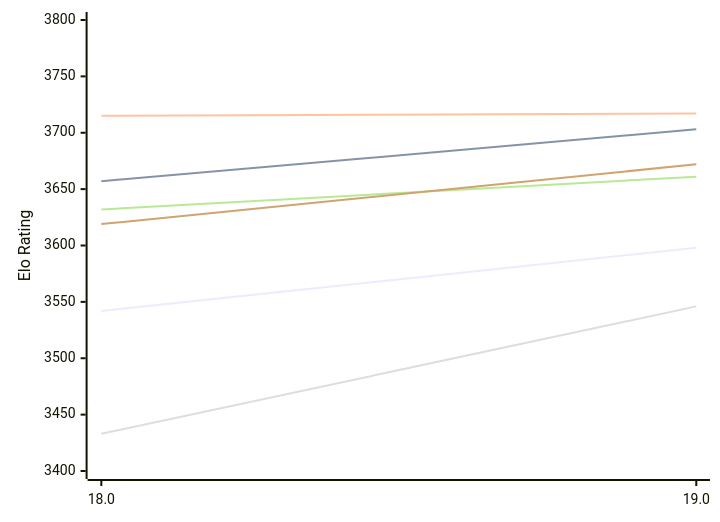
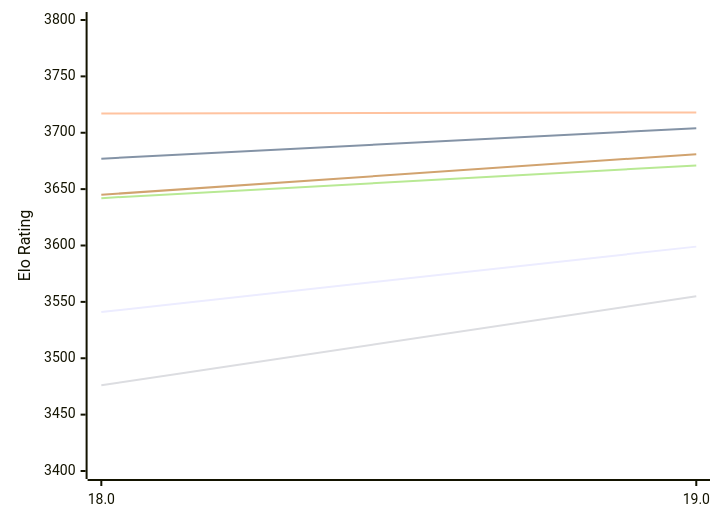
The first of 2 diagrams in engines/Stockfish.md (computer-chess-index/cci), drawn with Mermaid before and after one commit. The commit also changed other lines of this file, not shown here.

Commit message:
Update CCI Ratings (ELO VLTC) - 2026-11-25

````diff
--- a/engines/Stockfish.md
+++ b/engines/Stockfish.md
@@ -64,12 +64,12 @@
 ```mermaid
 %%{init: {"theme":"base","themeVariables":{"seriesColors:['#a3a3a3','#222221','#faa371']}}}%%
 xychart-beta
   x-axis ["18.0", "19.0"]
   y-axis "Elo Rating" 3400 --> 3800
-  line "E1: STC (8.0+0.08s)" [3542, 3598]
-  line "E1: LTC (60.0+0.60s)" [3657, 3703]
-  line "E1: VLTC (2m24s+1.12s)" [3715, 3717]
-  line "P1: STC (8.0+0.08s)" [3433, 3546]
-  line "P1: LTC (60.0+0.60s)" [3632, 3661]
-  line "P1: VLTC (2m24s+1.12s)" [3619, 3672]
+  line "E1: STC (8.0+0.08s)" [3541, 3599]
+  line "E1: LTC (60.0+0.60s)" [3677, 3704]
+  line "E1: VLTC (2m24s+1.12s)" [3717, 3718]
+  line "P1: STC (8.0+0.08s)" [3476, 3555]
+  line "P1: LTC (60.0+0.60s)" [3642, 3671]
+  line "P1: VLTC (2m24s+1.12s)" [3645, 3681]
 ```
````
